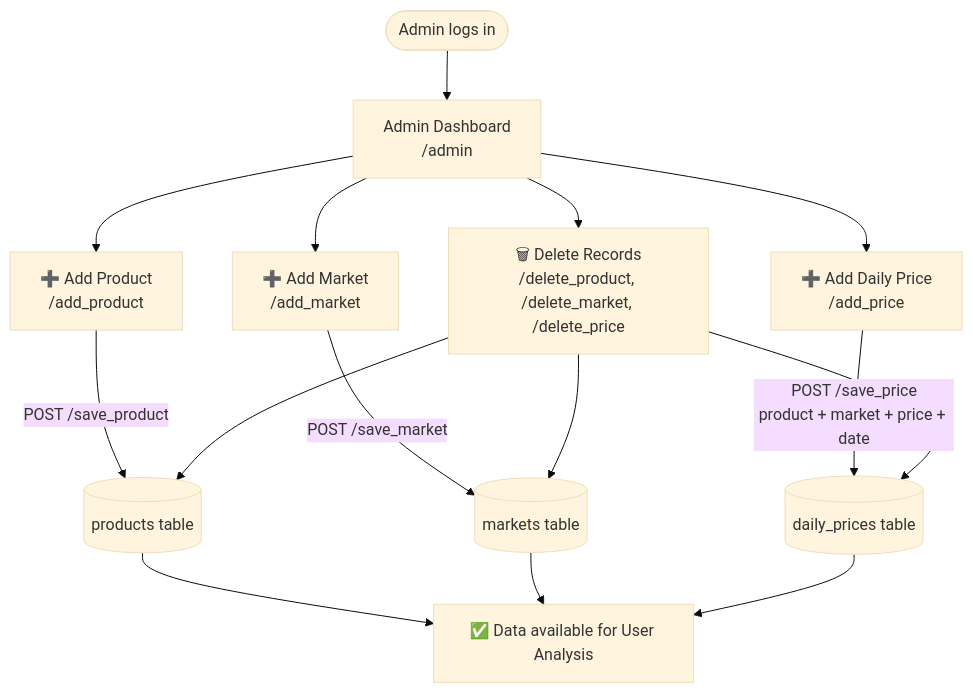
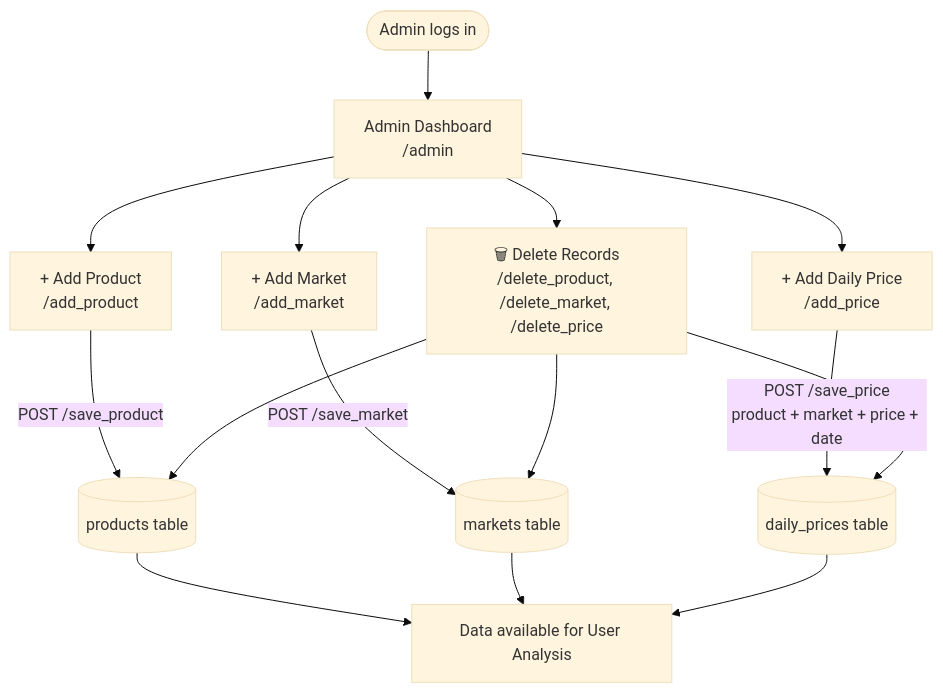
Before and after one commit to ItsMeTinku/smart-market-price-analyzer: the third of 5 diagrams in README.md, drawn with Mermaid (base theme). The commit also changed other lines of this file, not shown here.

````diff
--- a/README.md
+++ b/README.md
@@ -178,16 +178,16 @@
 ```mermaid
 flowchart TD
     AdminLogin(["Admin logs in"]) --> AdminDash["Admin Dashboard\n/admin"]
 
-    AdminDash --> AP["➕ Add Product\n/add_product"]
-    AdminDash --> AM["➕ Add Market\n/add_market"]
-    AdminDash --> ADP["➕ Add Daily Price\n/add_price"]
+    AdminDash --> AP["+ Add Product\n/add_product"]
+    AdminDash --> AM["+ Add Market\n/add_market"]
+    AdminDash --> ADP["+ Add Daily Price\n/add_price"]
     AdminDash --> DelActions["🗑 Delete Records\n/delete_product, /delete_market, /delete_price"]
 
     AP -- "POST /save_product" --> ProdTable[("products table")]
     AM -- "POST /save_market" --> MktTable[("markets table")]
     ADP -- "POST /save_price\nproduct + market + price + date" --> PriceTable[("daily_prices table")]
     DelActions --> ProdTable & MktTable & PriceTable
 
-    ProdTable & MktTable & PriceTable --> Available["✅ Data available for User Analysis"]
+    ProdTable & MktTable & PriceTable --> Available[" Data available for User Analysis"]
 ```
````
